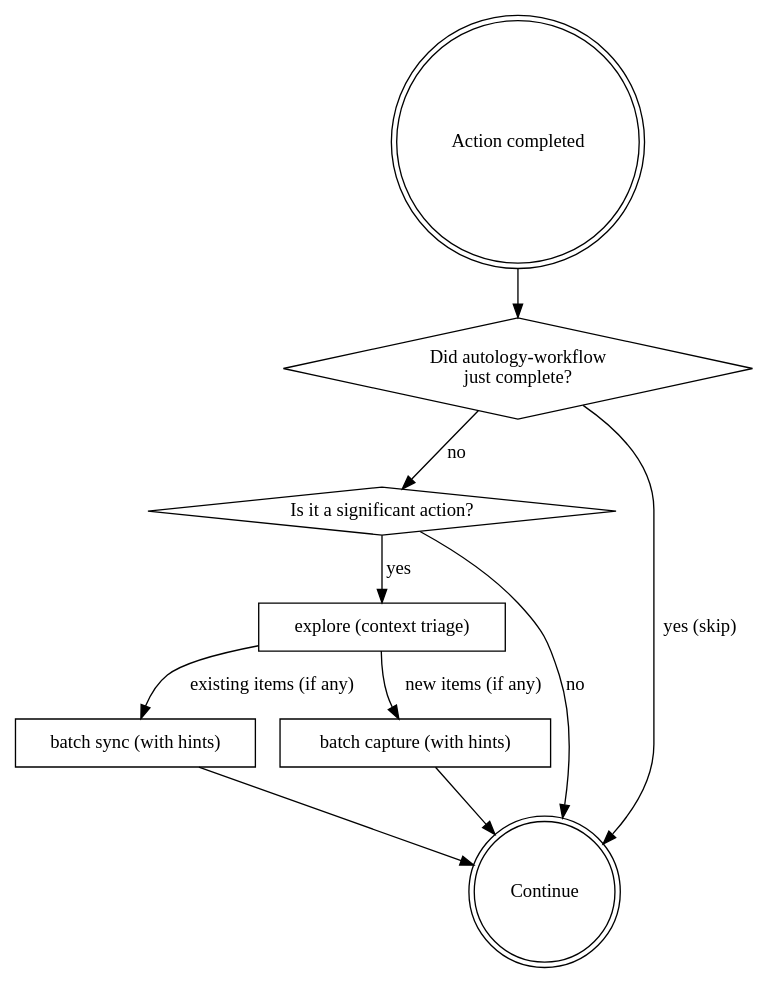
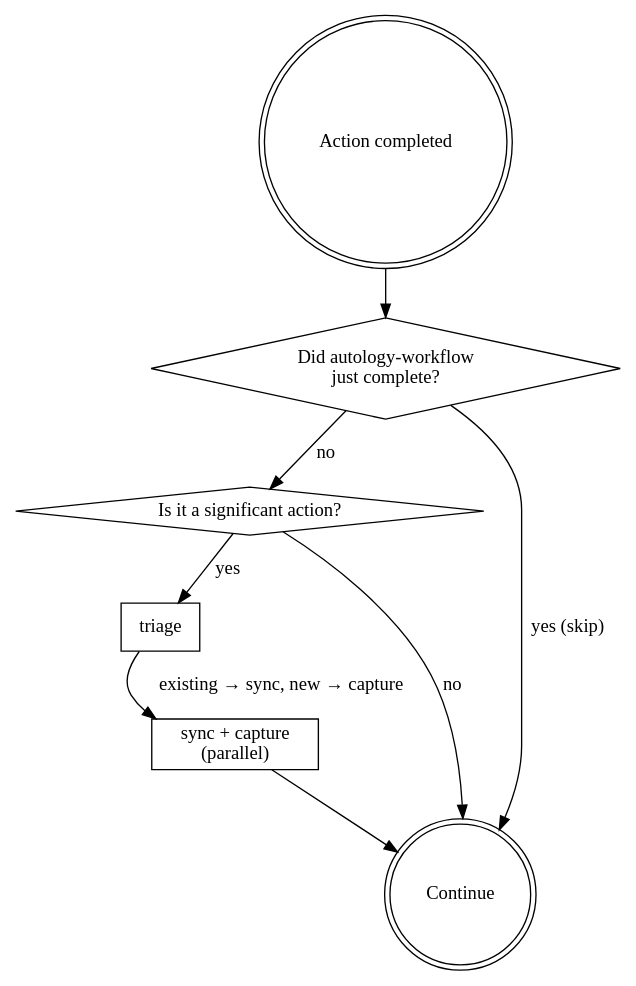
The diagram in skills/autology-workflow/SKILL.md (Curt-Park/autology), drawn with Graphviz before and after one commit. The commit also changed other lines of this file and 12 other files, not shown here.

First line of the commit message:
feat: add triage-knowledge skill, narrow explore to graph traversal (#49)

````diff
--- a/skills/autology-workflow/SKILL.md
+++ b/skills/autology-workflow/SKILL.md
@@ -42,21 +41,18 @@
 ```dot
 digraph router {
   "Action completed" [shape=doublecircle];
   "Did autology-workflow\njust complete?" [shape=diamond];
   "Is it a significant action?" [shape=diamond];
-  "explore (context triage)" [shape=box];
-  "batch sync (with hints)" [shape=box];
-  "batch capture (with hints)" [shape=box];
+  "triage" [shape=box];
+  "sync + capture\n(parallel)" [shape=box];
   "Continue" [shape=doublecircle];
 
   "Action completed" -> "Did autology-workflow\njust complete?";
   "Did autology-workflow\njust complete?" -> "Continue" [label="yes (skip)"];
   "Did autology-workflow\njust complete?" -> "Is it a significant action?" [label="no"];
-  "Is it a significant action?" -> "explore (context triage)" [label="yes"];
+  "Is it a significant action?" -> "triage" [label="yes"];
   "Is it a significant action?" -> "Continue" [label="no"];
-  "explore (context triage)" -> "batch sync (with hints)" [label="existing items (if any)"];
-  "explore (context triage)" -> "batch capture (with hints)" [label="new items (if any)"];
-  "batch sync (with hints)" -> "Continue";
-  "batch capture (with hints)" -> "Continue";
+  "triage" -> "sync + capture\n(parallel)" [label="existing → sync, new → capture"];
+  "sync + capture\n(parallel)" -> "Continue";
 }
 ```
````
